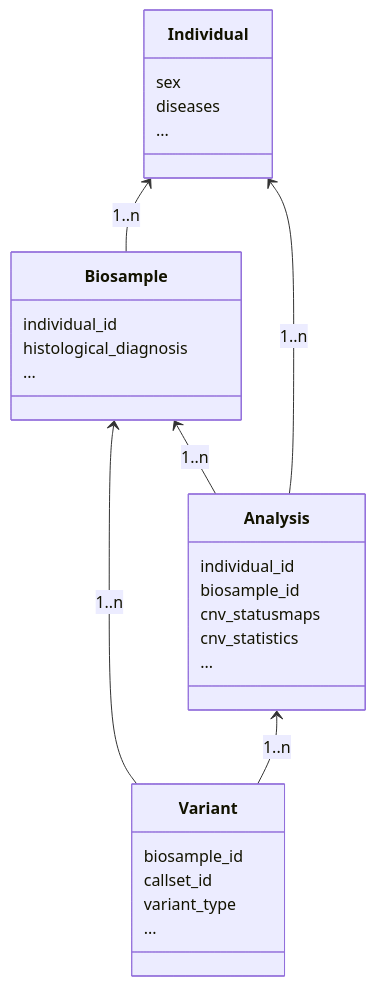
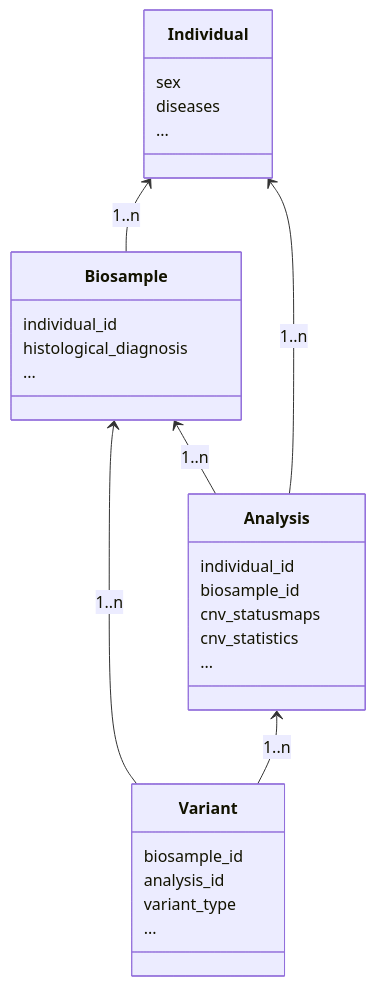
One commit to progenetix/progenetix-web changed the first of 2 diagrams in docs/technical-notes.md. Above: the diagram before and after it, drawn with Mermaid.

Commit message:
Update technical-notes.md callset_id to analysis_id

````diff
--- a/docs/technical-notes.md
+++ b/docs/technical-notes.md
@@ -108,34 +108,34 @@
 ```mermaid
 classDiagram
 
     Individual <-- Biosample : 1..n
     Biosample <-- Analysis : 1..n
     Individual <-- Analysis : 1..n
     Biosample <-- Variant : 1..n
     Analysis <-- Variant : 1..n
 
     class Biosample{
         individual_id
         histological_diagnosis
         ...
     }
     class Individual{
         sex
         diseases
         ...
     }
     class Analysis{
         individual_id
         biosample_id
         cnv_statusmaps
         cnv_statistics
         ...
         }
     class Variant{
         biosample_id
-        callset_id
+        analysis_id
         variant_type
         ...
     }
 
 ```
````
